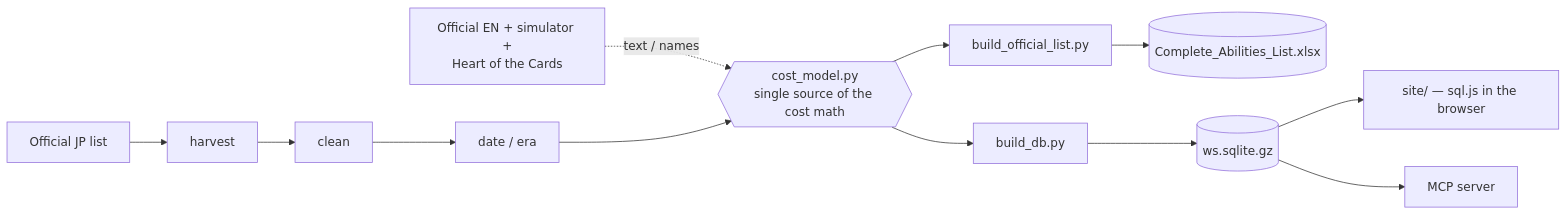
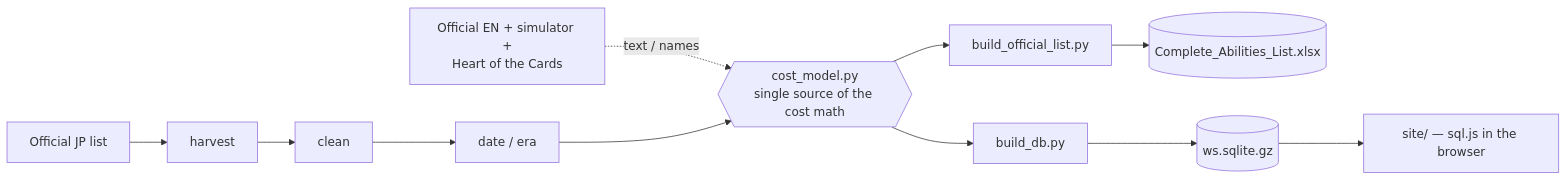
One commit to Cris-Oblea/ws-card-db changed the diagram in README.md. Above: the diagram before and after it, drawn with Mermaid. The commit also changed other lines of this file and 10 other files, not shown here.

First line of the commit message:
chore: remove the unused MCP server

````diff
--- a/README.md
+++ b/README.md
@@ -67,10 +67,9 @@
 ```mermaid
 flowchart LR
     JP[Official JP list] --> H[harvest] --> C[clean] --> D[date / era]
     EN[Official EN + simulator +<br/>Heart of the Cards] -. text / names .-> M
     D --> M{{cost_model.py<br/>single source of the cost math}}
     M --> BOL[build_official_list.py] --> XL[(Complete_Abilities_List.xlsx)]
     M --> BDB[build_db.py] --> SQL[(ws.sqlite.gz)]
     SQL --> SITE[site/ — sql.js in the browser]
-    SQL --> MCP[MCP server]
 ```
````
